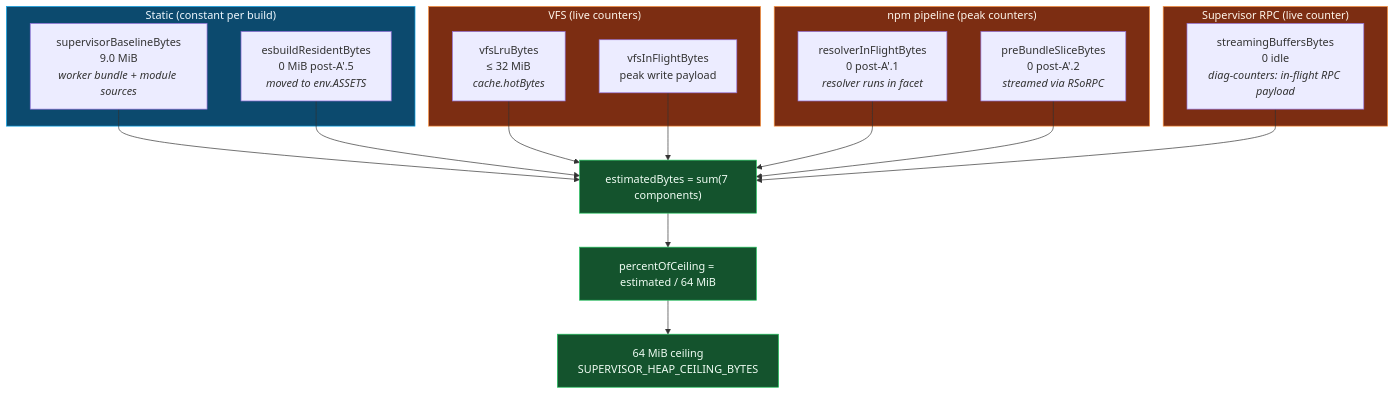
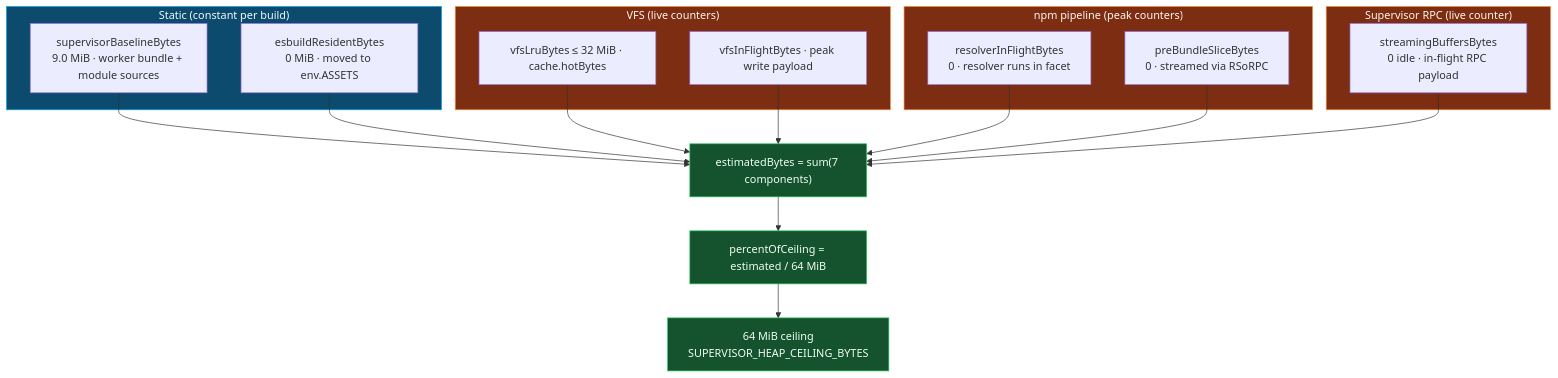
One commit to AshishKumar4/Nimbus changed the third of 4 diagrams in README.md. Above: the diagram before and after it, drawn with Mermaid. The commit also changed other lines of this file, not shown here.

````diff
--- a/README.md
+++ b/README.md
@@ -212,34 +103,34 @@
 ```mermaid
 flowchart TB
     Ceil["64 MiB ceiling<br/>SUPERVISOR_HEAP_CEILING_BYTES"]
 
     subgraph Static["Static (constant per build)"]
-        Base["supervisorBaselineBytes<br/>9.0 MiB<br/><i>worker bundle + module sources</i>"]
-        Ebd["esbuildResidentBytes<br/>0 MiB post-A'.5<br/><i>moved to env.ASSETS</i>"]
+        Base["supervisorBaselineBytes<br/>9.0 MiB · worker bundle + module sources"]
+        Ebd["esbuildResidentBytes<br/>0 MiB · moved to env.ASSETS"]
     end
 
     subgraph DynamicVfs["VFS (live counters)"]
-        Lru["vfsLruBytes<br/>≤ 32 MiB<br/><i>cache.hotBytes</i>"]
-        VfsIn["vfsInFlightBytes<br/>peak write payload"]
+        Lru["vfsLruBytes ≤ 32 MiB · cache.hotBytes"]
+        VfsIn["vfsInFlightBytes · peak write payload"]
     end
 
     subgraph DynamicPkg["npm pipeline (peak counters)"]
-        Res["resolverInFlightBytes<br/>0 post-A'.1<br/><i>resolver runs in facet</i>"]
-        Pre["preBundleSliceBytes<br/>0 post-A'.2<br/><i>streamed via RSoRPC</i>"]
+        Res["resolverInFlightBytes<br/>0 · resolver runs in facet"]
+        Pre["preBundleSliceBytes<br/>0 · streamed via RSoRPC"]
     end
 
     subgraph DynamicRpc["Supervisor RPC (live counter)"]
-        Stream["streamingBuffersBytes<br/>0 idle<br/><i>diag-counters: in-flight RPC payload</i>"]
+        Stream["streamingBuffersBytes<br/>0 idle · in-flight RPC payload"]
     end
 
     Base & Ebd & Lru & VfsIn & Res & Pre & Stream --> Sum["estimatedBytes = sum(7 components)"]
     Sum --> Pct["percentOfCeiling = estimated / 64 MiB"]
     Pct --> Ceil
 
     classDef static fill:#0c4a6e,stroke:#0ea5e9,color:#f0f9ff
     classDef dyn fill:#7c2d12,stroke:#fb923c,color:#fff7ed
     classDef gate fill:#14532d,stroke:#22c55e,color:#f0fdf4
     class Static static
     class DynamicVfs,DynamicPkg,DynamicRpc dyn
     class Ceil,Sum,Pct gate
 ```
````
